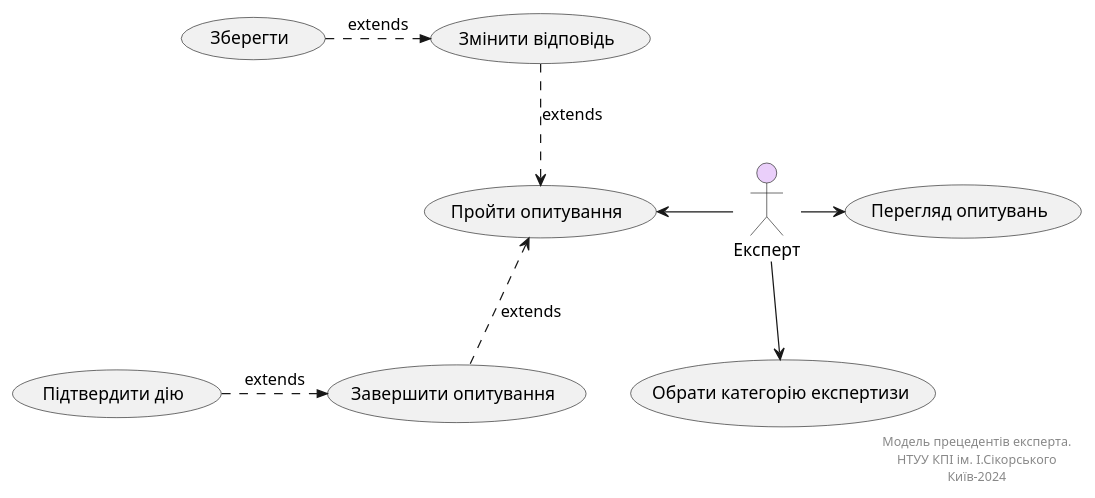
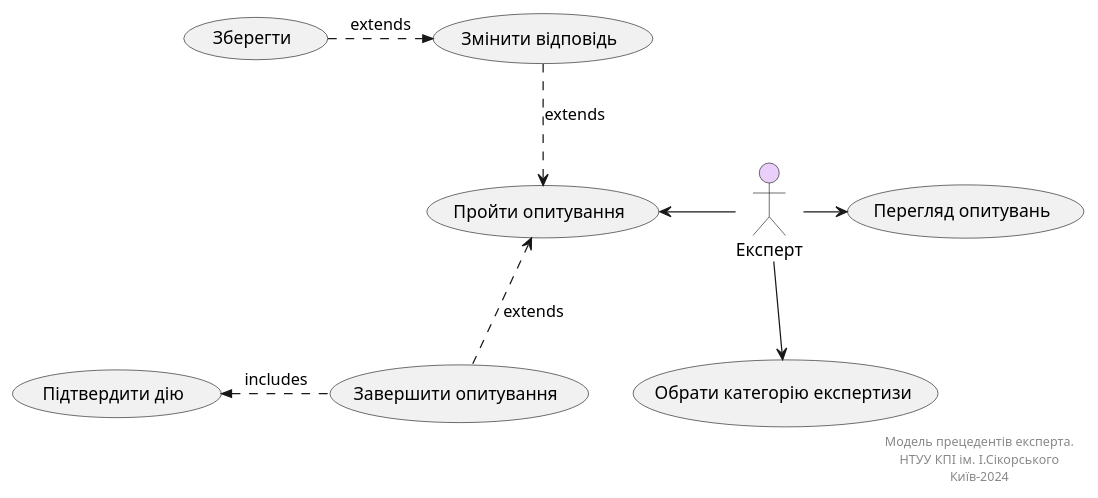
One commit to generalmaks/db_labs changed the fourth of 16 diagrams in docs/use_cases.md. Above: the diagram before and after it, drawn with PlantUML. The commit also changed other lines of this file, not shown here.

Commit message:
Fix some use case diagrams

````diff
--- a/docs/use_cases.md
+++ b/docs/use_cases.md
@@ -200,32 +200,32 @@
 ```plantuml
 @startuml
 actor "Експерт" as Expert #eacffa
 
     usecase "Пройти опитування" as UC_1.1
     usecase "Перегляд опитувань" as UC_1.2
     usecase "Обрати категорію експертизи" as UC_1.3
     
     usecase "Завершити опитування" as UC_1.1.1
     usecase "Змінити відповідь" as UC_1.1.2
     
     usecase "Підтвердити дію" as UC_1.1.1.1
     usecase "Зберегти" as UC_1.1.2.1
     
     Expert -left-> UC_1.1
     Expert -right-> UC_1.2
     Expert --> UC_1.3
     
     UC_1.1.1 .up.> UC_1.1 :extends
     UC_1.1.2 ..> UC_1.1 :extends
     
-    UC_1.1.1.1 .>> UC_1.1.1 :extends
+    UC_1.1.1.1 <<. UC_1.1.1 :includes
     UC_1.1.2.1 .>> UC_1.1.2 :extends
         
     right footer
         Модель прецедентів експерта.
         НТУУ КПІ ім. І.Сікорського
         Київ-2024
     end footer
 
 @enduml
 ```
````
